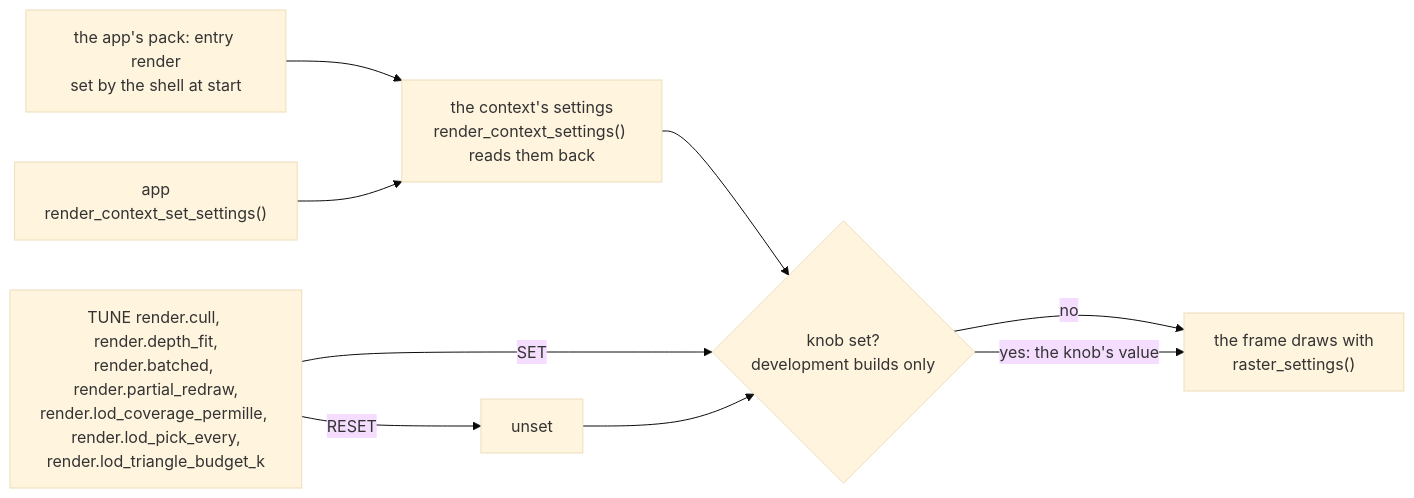
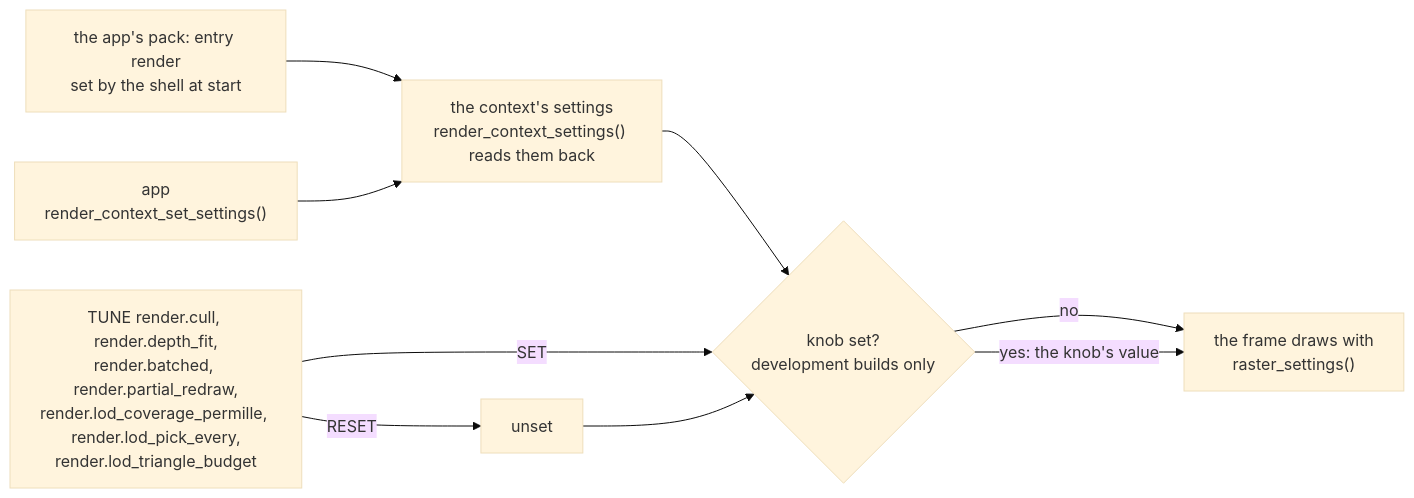
One commit to jose-villegas/autana changed the first of 4 diagrams in docs/render/Render-Settings.md. Above: the diagram before and after it, drawn with Mermaid (base theme). The commit also changed other lines of this file and 15 other files, not shown here.

First line of the commit message:
render: lod.triangle_budget counts plain triangles; settings rows hold an int or a bool as itself (autana-5idow)

````diff
--- a/docs/render/Render-Settings.md
+++ b/docs/render/Render-Settings.md
@@ -14,11 +14,11 @@
 ```mermaid
 flowchart LR
     Asset["the app's pack: entry render<br/>set by the shell at start"] --> Settings
     App["app<br/>render_context_set_settings()"] --> Settings["the context's settings<br/>render_context_settings() reads them back"]
     Settings --> Pick{"knob set?<br/>development builds only"}
-    Knob["TUNE render.cull, render.depth_fit,<br/>render.batched, render.partial_redraw,<br/>render.lod_coverage_permille, render.lod_pick_every,<br/>render.lod_triangle_budget_k"] -->|SET| Pick
+    Knob["TUNE render.cull, render.depth_fit,<br/>render.batched, render.partial_redraw,<br/>render.lod_coverage_permille, render.lod_pick_every,<br/>render.lod_triangle_budget"] -->|SET| Pick
     Knob -->|RESET| Unset["unset"]
     Unset --> Pick
     Pick -->|"no"| Frame["the frame draws with<br/>raster_settings()"]
     Pick -->|"yes: the knob's value"| Frame
 ```
````
